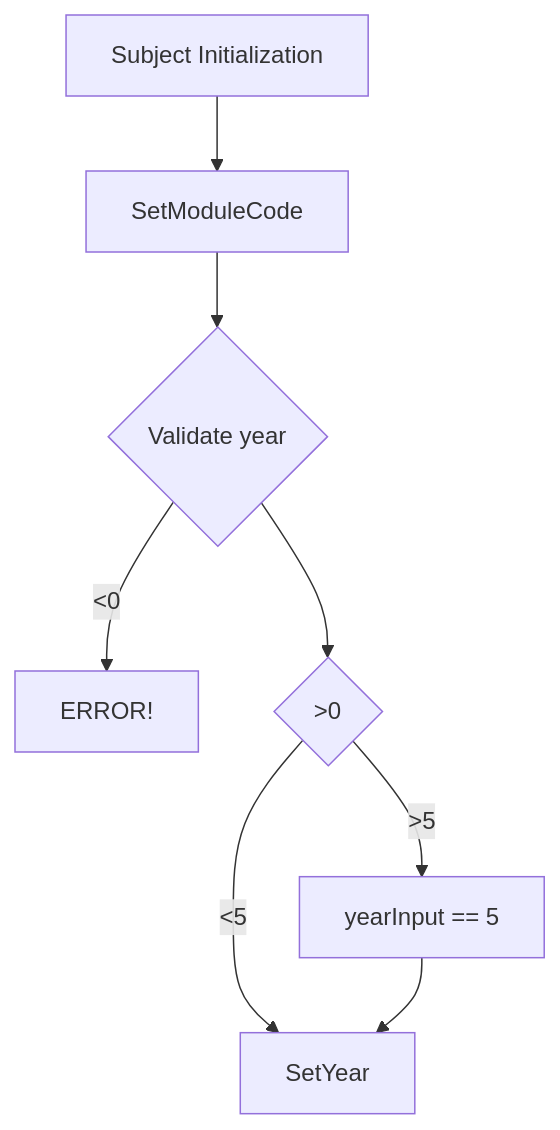
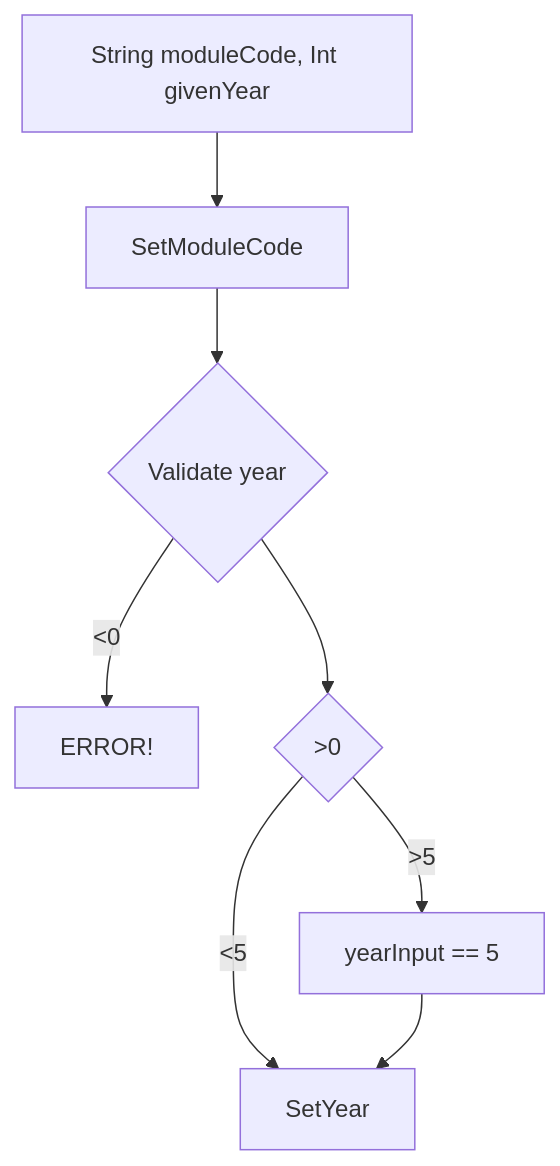
The first of 5 diagrams in SchoolSystem/README.md (RockFreakRickerd/SameCodeDifferentLanguagues), drawn with Mermaid before and after one commit. The commit also changed other lines of this file, not shown here.

````diff
--- a/SchoolSystem/README.md
+++ b/SchoolSystem/README.md
@@ -15,9 +16,9 @@
 ```mermaid
 flowchart TD
-  A[Subject Initialization] --> B[SetModuleCode] --> C{Validate year};
+  A[String moduleCode, Int givenYear] --> B[SetModuleCode] --> C{Validate year};
   C -- <0 --> D[ERROR!];
   C --> E{>0}
   E -- >5 --> F[yearInput == 5];
   E -- <5 --> G[SetYear]
   F --> G[SetYear]
 ```
````
